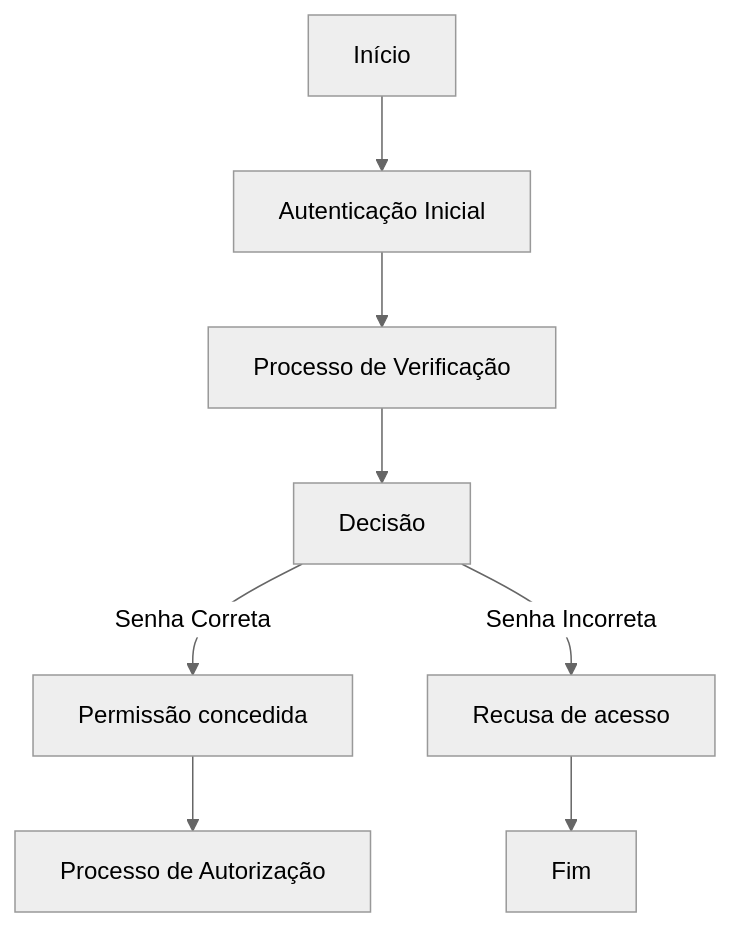
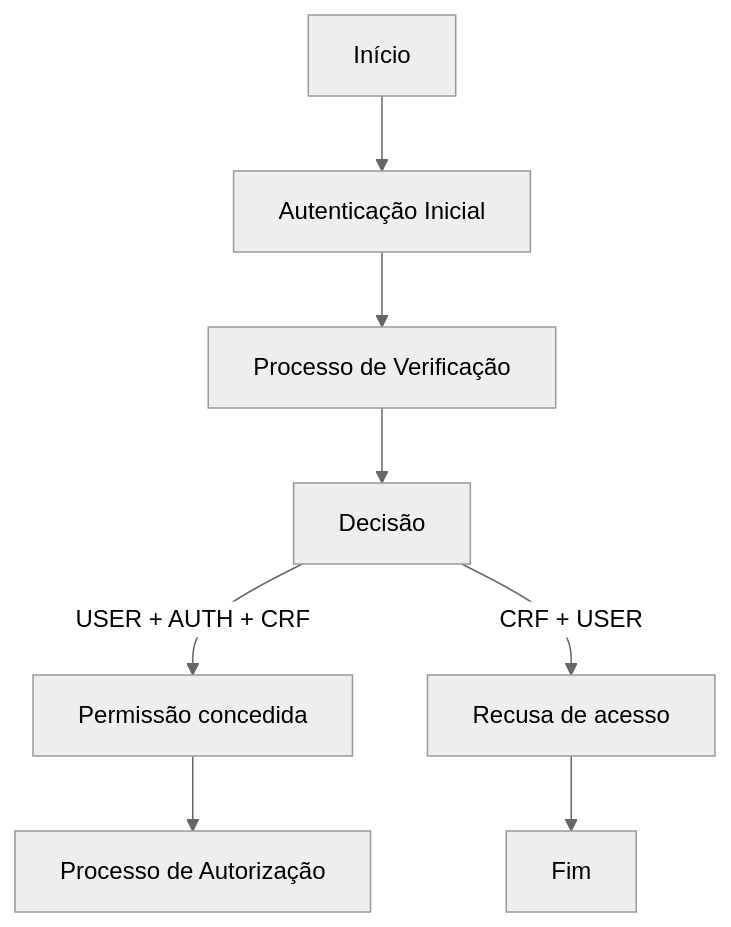
The diagram in README.md (dvizioon/CRIP-TEXTO), drawn with Mermaid (neutral theme) before and after one commit.

Commit message:
UP <README>

````diff
--- a/README.md
+++ b/README.md
@@ -76,10 +76,10 @@
 ```mermaid
 graph TD;
     A[Início] --> B[Autenticação Inicial];
     B --> C[Processo de Verificação];
     C --> D[Decisão];
-    D -- Senha Correta --> E[Permissão concedida];
-    D -- Senha Incorreta --> F[Recusa de acesso];
+    D -- USER + AUTH + CRF --> E[Permissão concedida];
+    D -- CRF + USER --> F[Recusa de acesso];
     E --> G[Processo de Autorização];
     F --> H[Fim];
 ```
````
